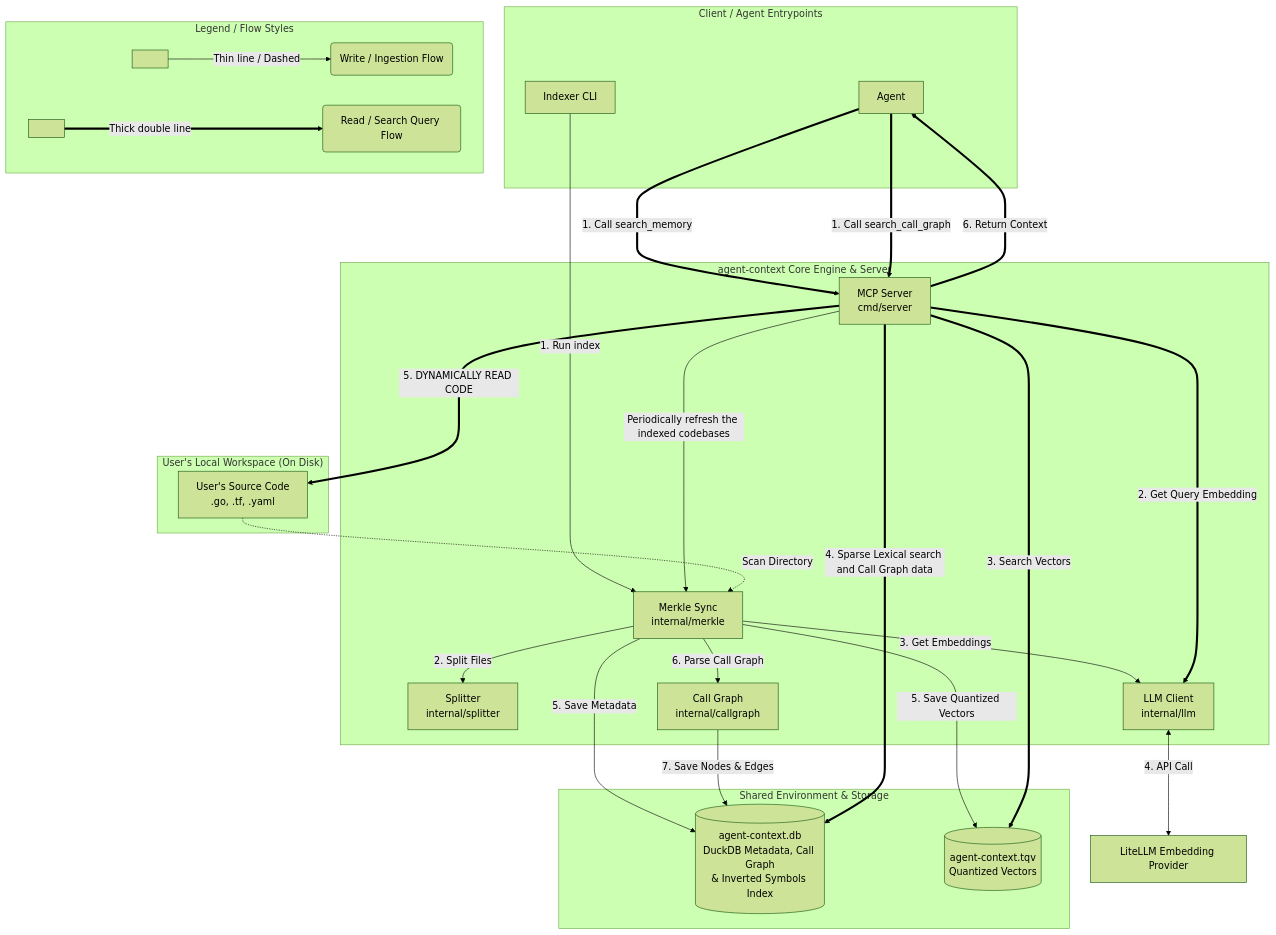
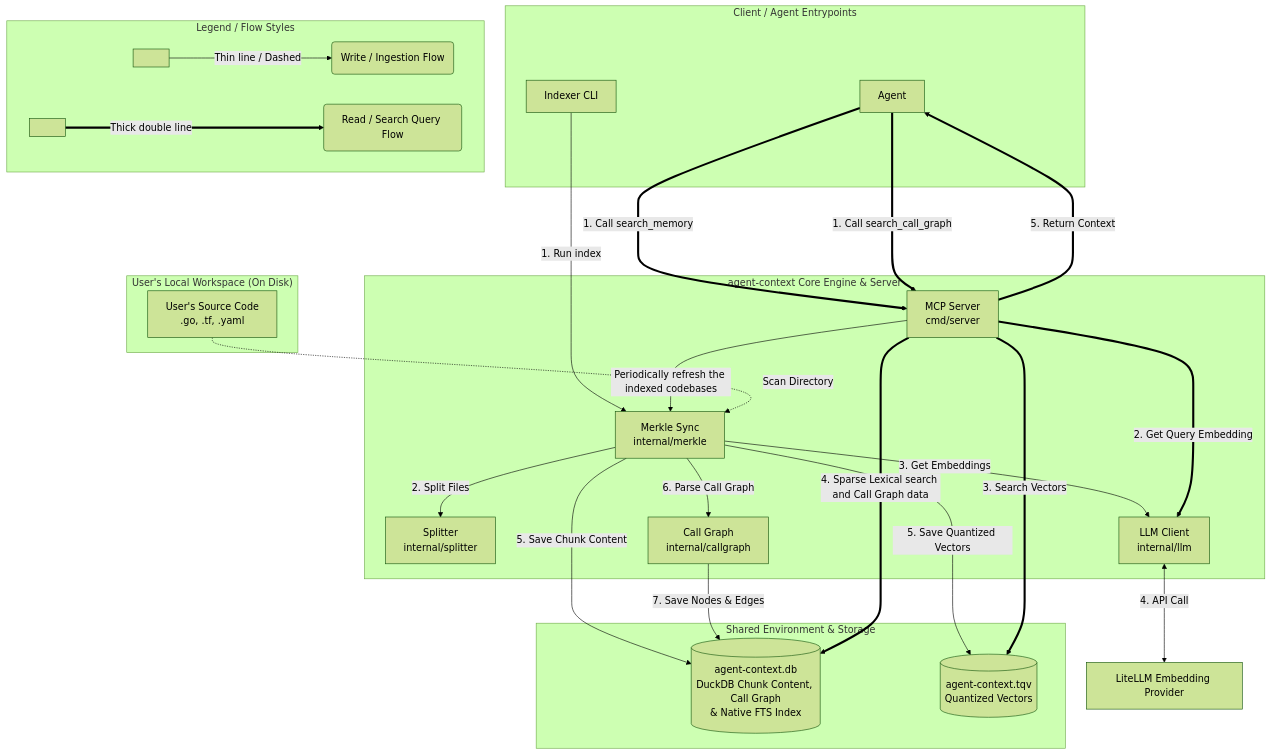
The diagram in README.md (datnguyenzzz/semantic-grep), drawn with Mermaid (forest theme) before and after one commit. The commit also changed other lines of this file and 20 other files, not shown here.

````diff
--- a/README.md
+++ b/README.md
@@ -82,65 +82,64 @@
 ```mermaid
 flowchart TD
     %% Entrypoints & Client
     subgraph Client ["Client / Agent Entrypoints"]
         cli[Agent]
         idx_cli[Indexer CLI]
     end
 
     %% Core Components
     subgraph Core ["agent-context Core Engine & Server"]
         merkle[Merkle Sync<br/>internal/merkle]
         splitter[Splitter<br/>internal/splitter]
         llm[LLM Client<br/>internal/llm]
         callgraph[Call Graph<br/>internal/callgraph]
         mcp_srv[MCP Server<br/>cmd/server]
     end
 
     %% Shared Environment & Databases
     subgraph Storage ["Shared Environment & Storage"]
-        duckdb_file[(agent-context.db<br/>DuckDB Metadata, Call Graph<br/>& Inverted Symbols Index)]
+        duckdb_file[(agent-context.db<br/>DuckDB Chunk Content, Call Graph<br/>& Native FTS Index)]
         tqv_file[(agent-context.tqv<br/>Quantized Vectors)]
     end
 
     %% User's Environment
     subgraph Workspace ["User's Local Workspace (On Disk)"]
         code_files[User's Source Code<br/>.go, .tf, .yaml]
     end
 
     %% External Provider
     litellm[LiteLLM Embedding Provider]
 
     %% ──────────────────────────────────────────────────────────
     %% WRITE PATH: Indexing & Ingestion (Thin lines / Dashes)
     %% ──────────────────────────────────────────────────────────
     idx_cli -->|1. Run index| merkle
     mcp_srv -->|Periodically refresh the indexed codebases| merkle
     code_files -.->|Scan Directory| merkle
     merkle -->|2. Split Files| splitter
     merkle -->|3. Get Embeddings| llm
     llm <-->|4. API Call| litellm
-    merkle -->|5. Save Metadata| duckdb_file
+    merkle -->|5. Save Chunk Content| duckdb_file
     merkle -->|5. Save Quantized Vectors| tqv_file
     merkle -->|6. Parse Call Graph| callgraph
     callgraph -->|7. Save Nodes & Edges| duckdb_file
 
     %% ──────────────────────────────────────────────────────────
     %% READ PATH: MCP Search & Retrieval (Thick Double Lines)
     %% ──────────────────────────────────────────────────────────
     cli ===>|1. Call search_memory| mcp_srv
     cli ===>|1. Call search_call_graph| mcp_srv
     mcp_srv ===>|2. Get Query Embedding| llm
     mcp_srv ===>|3. Search Vectors| tqv_file
     mcp_srv ===>|4. Sparse Lexical search and Call Graph data| duckdb_file
-    mcp_srv ===>|5. DYNAMICALLY READ CODE| code_files
-    mcp_srv ===>|6. Return Context| cli
+    mcp_srv ===>|5. Return Context| cli
 
     %% ──────────────────────────────────────────────────────────
     %% FLOW LEGEND (Self-Explanatory Arrow Styles)
     %% ──────────────────────────────────────────────────────────
     subgraph Legend ["Legend / Flow Styles"]
         direction LR
         style_w[ ] -->|Thin line / Dashed| desc_w(Write / Ingestion Flow)
         style_r[ ] ===>|Thick double line| desc_r(Read / Search Query Flow)
     end
 ```
````
